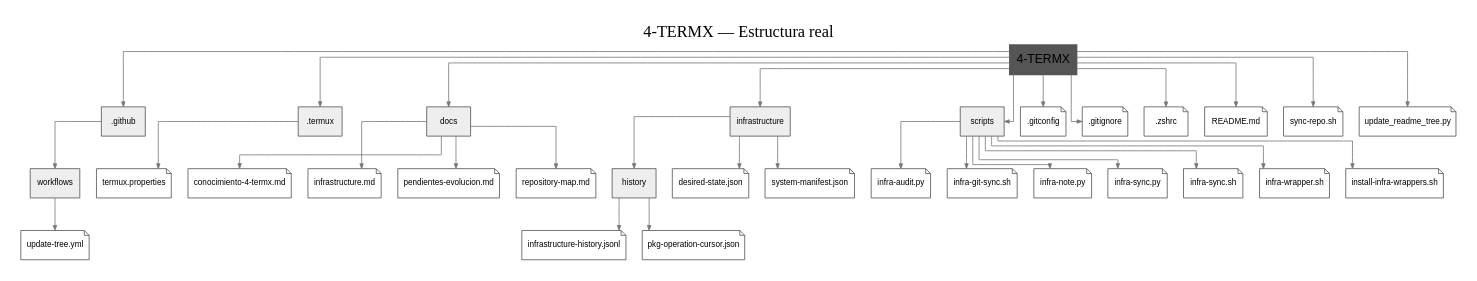
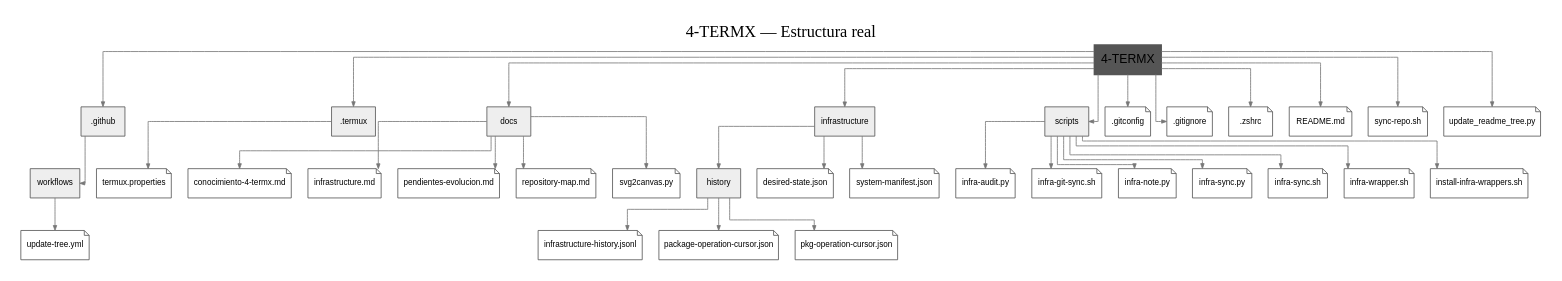
The diagram in docs/repository-structure.dot (benstellasanti/4-TERMX), drawn with Graphviz before and after one commit. The commit also changed 5 other files, not shown here.

```diff
--- a/docs/repository-structure.dot
+++ b/docs/repository-structure.dot
@@ -1,66 +1,70 @@
 digraph RepositoryStructure {
   graph [rankdir=TB, bgcolor="white", pad="0.25", nodesep="0.28", ranksep="0.55", splines=ortho, label="4-TERMX — Estructura real", labelloc=t, fontsize=20];
   node [fontname="Arial", fontsize=10, style="filled", color="#555555"];
   edge [color="#777777", arrowsize=0.6];
   root [label="4-TERMX", shape=box, style="filled,bold", fontsize=15];
   n__github [label=".github", shape=box, fillcolor="#eeeeee"];
   n__termux [label=".termux", shape=box, fillcolor="#eeeeee"];
   n_docs [label="docs", shape=box, fillcolor="#eeeeee"];
   n_infrastructure [label="infrastructure", shape=box, fillcolor="#eeeeee"];
   n_scripts [label="scripts", shape=box, fillcolor="#eeeeee"];
   n__github_workflows [label="workflows", shape=box, fillcolor="#eeeeee"];
   n_infrastructure_history [label="history", shape=box, fillcolor="#eeeeee"];
   n__gitconfig [label=".gitconfig", shape=note, fillcolor="white"];
   root -> n__gitconfig;
   n__github_workflows_update_tree_yml [label="update-tree.yml", shape=note, fillcolor="white"];
   n__github_workflows -> n__github_workflows_update_tree_yml;
   n__gitignore [label=".gitignore", shape=note, fillcolor="white"];
   root -> n__gitignore;
   n__termux_termux_properties [label="termux.properties", shape=note, fillcolor="white"];
   n__termux -> n__termux_termux_properties;
   n__zshrc [label=".zshrc", shape=note, fillcolor="white"];
   root -> n__zshrc;
   n_README_md [label="README.md", shape=note, fillcolor="white"];
   root -> n_README_md;
   n_docs_conocimiento_4_termx_md [label="conocimiento-4-termx.md", shape=note, fillcolor="white"];
   n_docs -> n_docs_conocimiento_4_termx_md;
   n_docs_infrastructure_md [label="infrastructure.md", shape=note, fillcolor="white"];
   n_docs -> n_docs_infrastructure_md;
   n_docs_pendientes_evolucion_md [label="pendientes-evolucion.md", shape=note, fillcolor="white"];
   n_docs -> n_docs_pendientes_evolucion_md;
   n_docs_repository_map_md [label="repository-map.md", shape=note, fillcolor="white"];
   n_docs -> n_docs_repository_map_md;
+  n_docs_svg2canvas_py [label="svg2canvas.py", shape=note, fillcolor="white"];
+  n_docs -> n_docs_svg2canvas_py;
   n_infrastructure_desired_state_json [label="desired-state.json", shape=note, fillcolor="white"];
   n_infrastructure -> n_infrastructure_desired_state_json;
   n_infrastructure_history_infrastructure_history_jsonl [label="infrastructure-history.jsonl", shape=note, fillcolor="white"];
   n_infrastructure_history -> n_infrastructure_history_infrastructure_history_jsonl;
+  n_infrastructure_history_package_operation_cursor_json [label="package-operation-cursor.json", shape=note, fillcolor="white"];
+  n_infrastructure_history -> n_infrastructure_history_package_operation_cursor_json;
   n_infrastructure_history_pkg_operation_cursor_json [label="pkg-operation-cursor.json", shape=note, fillcolor="white"];
   n_infrastructure_history -> n_infrastructure_history_pkg_operation_cursor_json;
   n_infrastructure_system_manifest_json [label="system-manifest.json", shape=note, fillcolor="white"];
   n_infrastructure -> n_infrastructure_system_manifest_json;
   n_scripts_infra_audit_py [label="infra-audit.py", shape=note, fillcolor="white"];
   n_scripts -> n_scripts_infra_audit_py;
   n_scripts_infra_git_sync_sh [label="infra-git-sync.sh", shape=note, fillcolor="white"];
   n_scripts -> n_scripts_infra_git_sync_sh;
   n_scripts_infra_note_py [label="infra-note.py", shape=note, fillcolor="white"];
   n_scripts -> n_scripts_infra_note_py;
   n_scripts_infra_sync_py [label="infra-sync.py", shape=note, fillcolor="white"];
   n_scripts -> n_scripts_infra_sync_py;
   n_scripts_infra_sync_sh [label="infra-sync.sh", shape=note, fillcolor="white"];
   n_scripts -> n_scripts_infra_sync_sh;
   n_scripts_infra_wrapper_sh [label="infra-wrapper.sh", shape=note, fillcolor="white"];
   n_scripts -> n_scripts_infra_wrapper_sh;
   n_scripts_install_infra_wrappers_sh [label="install-infra-wrappers.sh", shape=note, fillcolor="white"];
   n_scripts -> n_scripts_install_infra_wrappers_sh;
   n_sync_repo_sh [label="sync-repo.sh", shape=note, fillcolor="white"];
   root -> n_sync_repo_sh;
   n_update_readme_tree_py [label="update_readme_tree.py", shape=note, fillcolor="white"];
   root -> n_update_readme_tree_py;
   root -> n__github;
   root -> n__termux;
   root -> n_docs;
   root -> n_infrastructure;
   root -> n_scripts;
   n__github -> n__github_workflows;
   n_infrastructure -> n_infrastructure_history;
 }
```
